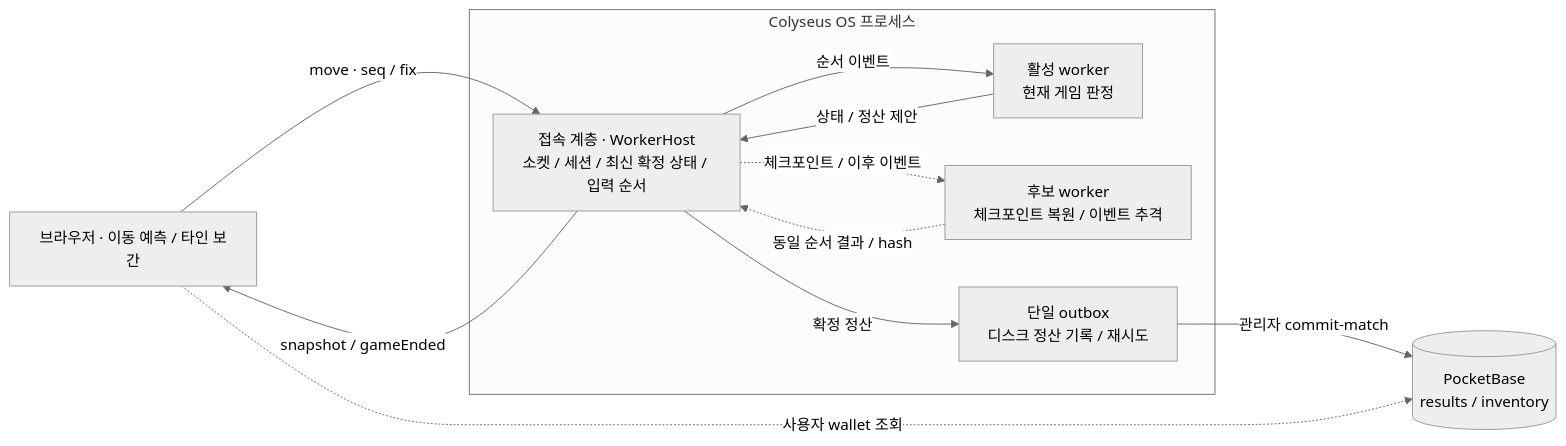
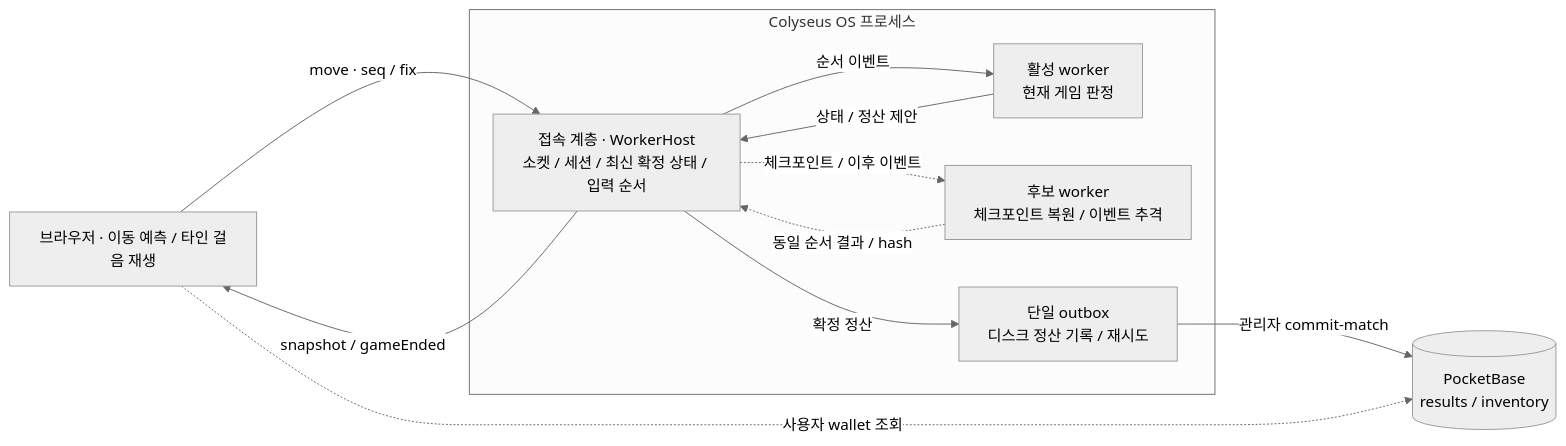
Before and after one commit to cheng80/pixeltown-demo: the first of 2 diagrams in docs/architecture/zero-downtime.md, drawn with Mermaid (neutral theme). The commit also changed other lines of this file and 49 other files, not shown here.

````diff
--- a/docs/architecture/zero-downtime.md
+++ b/docs/architecture/zero-downtime.md
@@ -102,20 +159,20 @@
 ```mermaid
 flowchart LR
-    B[브라우저 · 이동 예측 / 타인 보간]
+    B[브라우저 · 이동 예측 / 타인 걸음 재생]
     subgraph C[Colyseus OS 프로세스]
         H[접속 계층 · WorkerHost\n소켓 / 세션 / 최신 확정 상태 / 입력 순서]
         A[활성 worker\n현재 게임 판정]
         N[후보 worker\n체크포인트 복원 / 이벤트 추격]
         O[단일 outbox\n디스크 정산 기록 / 재시도]
         H -->|순서 이벤트| A
         A -->|상태 / 정산 제안| H
         H -.->|체크포인트 / 이후 이벤트| N
         N -.->|동일 순서 결과 / hash| H
         H -->|확정 정산| O
     end
     P[(PocketBase\nresults / inventory)]
     B -->|move · seq / fix| H
     H -->|snapshot / gameEnded| B
     O -->|관리자 commit-match| P
     B -.->|사용자 wallet 조회| P
 ```
````
